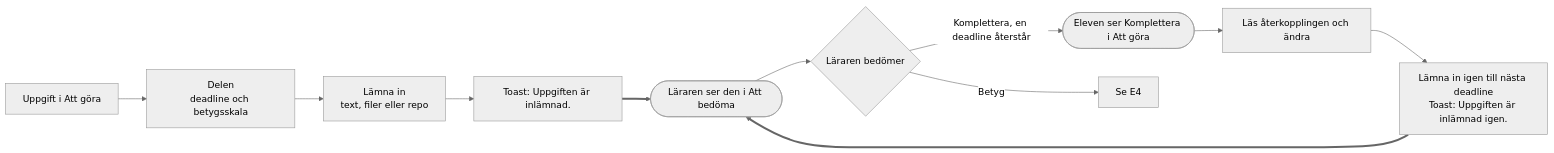
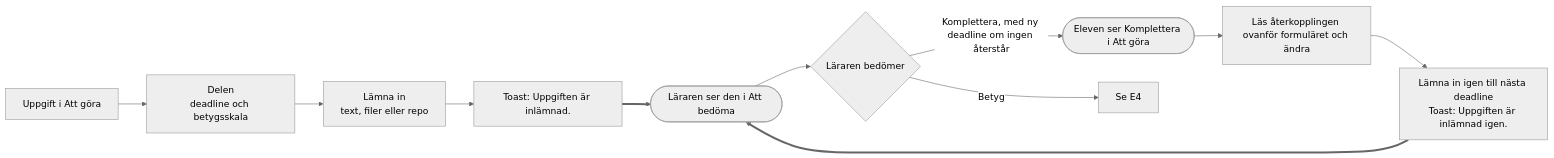
One commit to discovicke/Larka changed the fourth of 13 diagrams in docs/roller-och-floden.md. Above: the diagram before and after it, drawn with Mermaid (neutral theme). The commit also changed other lines of this file and 11 other files, not shown here.

````diff
--- a/docs/roller-och-floden.md
+++ b/docs/roller-och-floden.md
@@ -177,13 +177,13 @@
 ```mermaid
 flowchart LR
     A["Uppgift i Att göra"] --> B["Delen<br/>deadline och betygsskala"]
     B --> C["Lämna in<br/>text, filer eller repo"]
     C --> D["Toast: Uppgiften är inlämnad."]
     D ==> E(["Läraren ser den i Att bedöma"])
     E --> F{"Läraren bedömer"}
-    F -->|"Komplettera, en deadline återstår"| G(["Eleven ser Komplettera i Att göra"])
-    G --> H["Läs återkopplingen och ändra"]
+    F -->|"Komplettera, med ny deadline om ingen återstår"| G(["Eleven ser Komplettera i Att göra"])
+    G --> H["Läs återkopplingen ovanför formuläret och ändra"]
     H --> I["Lämna in igen till nästa deadline<br/>Toast: Uppgiften är inlämnad igen."]
     I ==> E
     F -->|"Betyg"| J["Se E4"]
 ```
````
